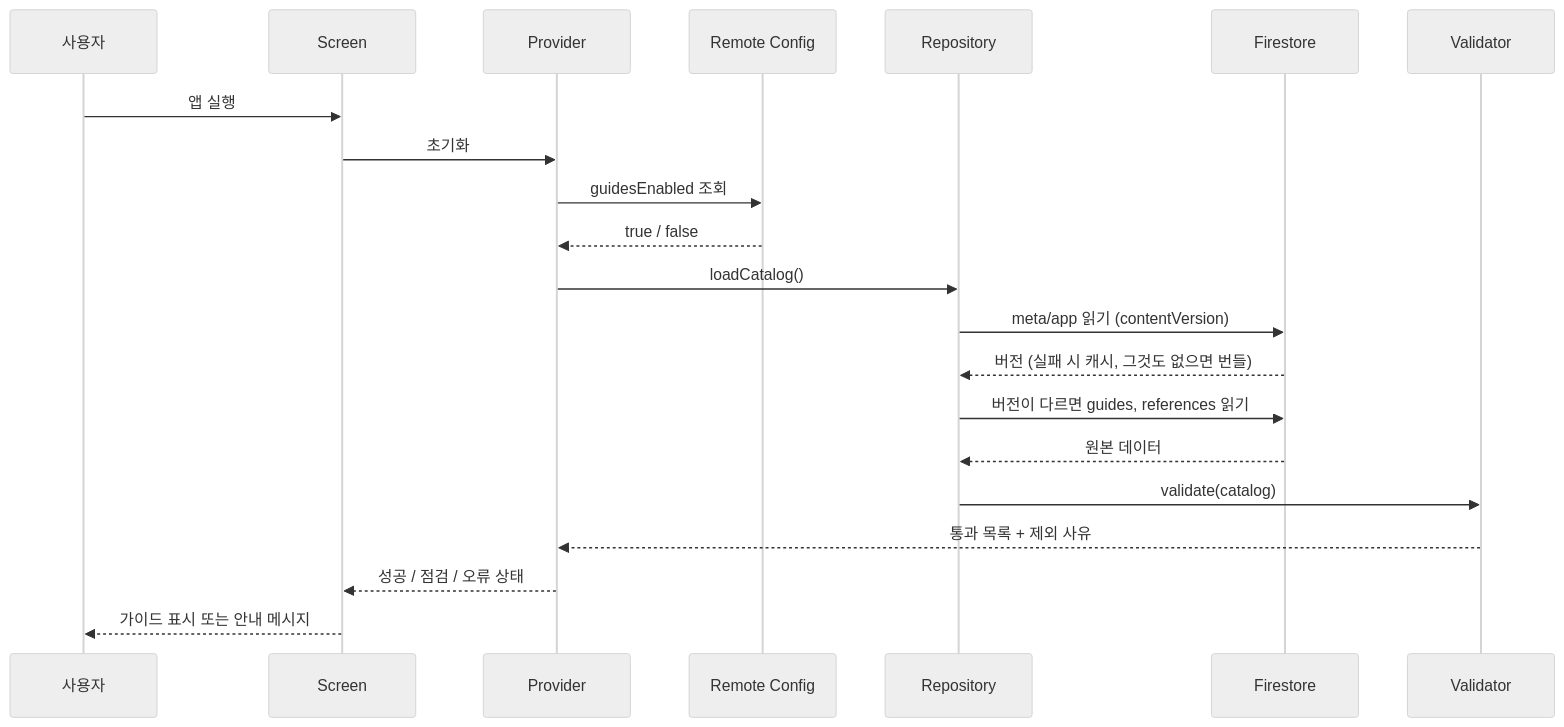
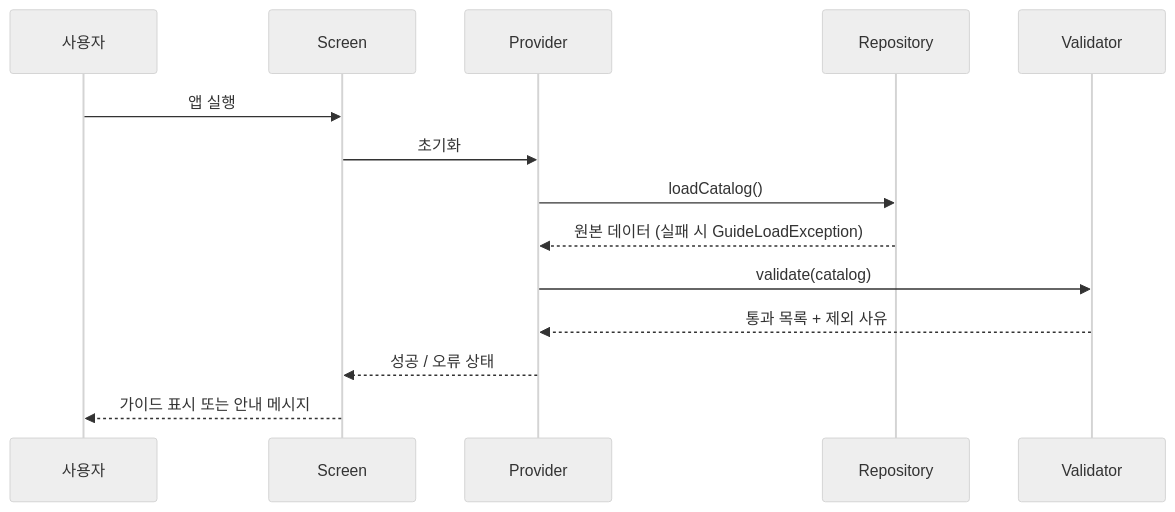
The third of 3 diagrams in docs/TRD.md (sumin1458/TapeFit), drawn with Mermaid (neutral theme) before and after one commit. The commit also changed other lines of this file and 1 other file, not shown here.

````diff
--- a/docs/TRD.md
+++ b/docs/TRD.md
@@ -223,23 +168,16 @@
 ```mermaid
 sequenceDiagram
     participant U as 사용자
     participant S as Screen
     participant P as Provider
-    participant RC as Remote Config
     participant R as Repository
-    participant F as Firestore
     participant V as Validator
     U->>S: 앱 실행
     S->>P: 초기화
-    P->>RC: guidesEnabled 조회
-    RC-->>P: true / false
     P->>R: loadCatalog()
-    R->>F: meta/app 읽기 (contentVersion)
-    F-->>R: 버전 (실패 시 캐시, 그것도 없으면 번들)
-    R->>F: 버전이 다르면 guides, references 읽기
-    F-->>R: 원본 데이터
-    R->>V: validate(catalog)
+    R-->>P: 원본 데이터 (실패 시 GuideLoadException)
+    P->>V: validate(catalog)
     V-->>P: 통과 목록 + 제외 사유
-    P-->>S: 성공 / 점검 / 오류 상태
+    P-->>S: 성공 / 오류 상태
     S-->>U: 가이드 표시 또는 안내 메시지
 ```
````
